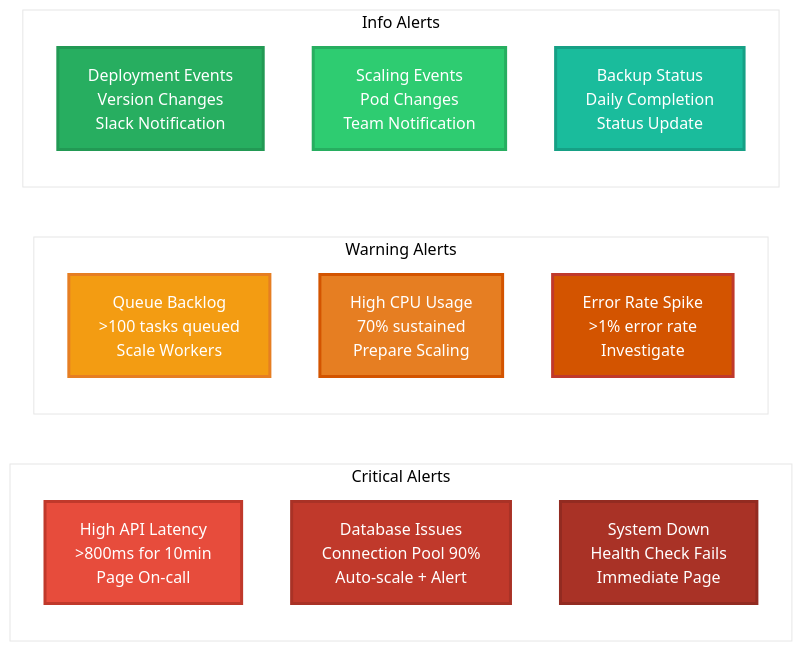
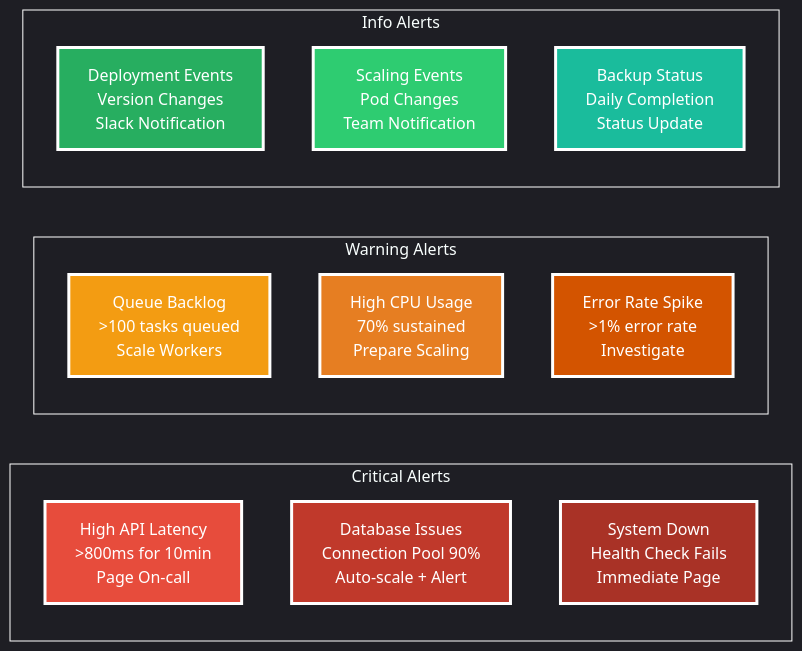
One commit to PriscillaOng12/AI-Code-Review-Squad changed diagram 16 of 20 in README.md. Above: the diagram before and after it, drawn with Mermaid. The commit also changed other lines of this file, not shown here.

````diff
--- a/README.md
+++ b/README.md
@@ -569,33 +569,33 @@
 ```mermaid
-%%{init: {'theme': 'base', 'themeVariables': {'primaryColor': '#ffffff', 'primaryTextColor': '#2c3e50', 'primaryBorderColor': '#2c3e50', 'lineColor': '#34495e', 'secondaryColor': '#ffffff', 'tertiaryColor': '#ffffff', 'background': '#ffffff', 'mainBkg': '#ffffff', 'secondBkg': '#ffffff', 'tertiaryBkg': '#ffffff'}}}%%
+%%{init: {'theme': 'dark', 'themeVariables': {'primaryColor': 'transparent', 'primaryTextColor': '#ffffff', 'primaryBorderColor': '#ffffff', 'lineColor': '#ffffff', 'secondaryColor': 'transparent', 'tertiaryColor': 'transparent', 'background': 'transparent', 'mainBkg': 'transparent', 'secondBkg': 'transparent', 'tertiaryBkg': 'transparent', 'clusterBkg': 'transparent', 'clusterBorder': '#ffffff', 'edgeLabelBackground': 'transparent'}}}%%
 graph LR
     subgraph "Critical Alerts"
         HIGH_LAT[High API Latency<br/>>800ms for 10min<br/>Page On-call]
         DB_CONN[Database Issues<br/>Connection Pool 90%<br/>Auto-scale + Alert]
         SYS_DOWN[System Down<br/>Health Check Fails<br/>Immediate Page]
     end
     
     subgraph "Warning Alerts"  
         QUEUE_BACK[Queue Backlog<br/>>100 tasks queued<br/>Scale Workers]
         HIGH_CPU[High CPU Usage<br//>70% sustained<br/>Prepare Scaling]
         ERROR_RATE[Error Rate Spike<br/>>1% error rate<br/>Investigate]
     end
     
     subgraph "Info Alerts"
         DEPLOY[Deployment Events<br/>Version Changes<br/>Slack Notification]
         SCALE[Scaling Events<br/>Pod Changes<br/>Team Notification]
         BACKUP[Backup Status<br/>Daily Completion<br/>Status Update]
     end
     
-    style HIGH_LAT fill:#e74c3c,stroke:#c0392b,stroke-width:3px,color:#ffffff
-    style DB_CONN fill:#c0392b,stroke:#a93226,stroke-width:3px,color:#ffffff
-    style SYS_DOWN fill:#a93226,stroke:#922b21,stroke-width:3px,color:#ffffff
+    style HIGH_LAT fill:#e74c3c,stroke:#ffffff,stroke-width:3px,color:#ffffff
+    style DB_CONN fill:#c0392b,stroke:#ffffff,stroke-width:3px,color:#ffffff
+    style SYS_DOWN fill:#a93226,stroke:#ffffff,stroke-width:3px,color:#ffffff
     
-    style QUEUE_BACK fill:#f39c12,stroke:#e67e22,stroke-width:3px,color:#ffffff
-    style HIGH_CPU fill:#e67e22,stroke:#d35400,stroke-width:3px,color:#ffffff
-    style ERROR_RATE fill:#d35400,stroke:#c0392b,stroke-width:3px,color:#ffffff
+    style QUEUE_BACK fill:#f39c12,stroke:#ffffff,stroke-width:3px,color:#ffffff
+    style HIGH_CPU fill:#e67e22,stroke:#ffffff,stroke-width:3px,color:#ffffff
+    style ERROR_RATE fill:#d35400,stroke:#ffffff,stroke-width:3px,color:#ffffff
     
-    style DEPLOY fill:#27ae60,stroke:#229954,stroke-width:3px,color:#ffffff
-    style SCALE fill:#2ecc71,stroke:#27ae60,stroke-width:3px,color:#ffffff
-    style BACKUP fill:#1abc9c,stroke:#16a085,stroke-width:3px,color:#ffffff
+    style DEPLOY fill:#27ae60,stroke:#ffffff,stroke-width:3px,color:#ffffff
+    style SCALE fill:#2ecc71,stroke:#ffffff,stroke-width:3px,color:#ffffff
+    style BACKUP fill:#1abc9c,stroke:#ffffff,stroke-width:3px,color:#ffffff
 ```
````
